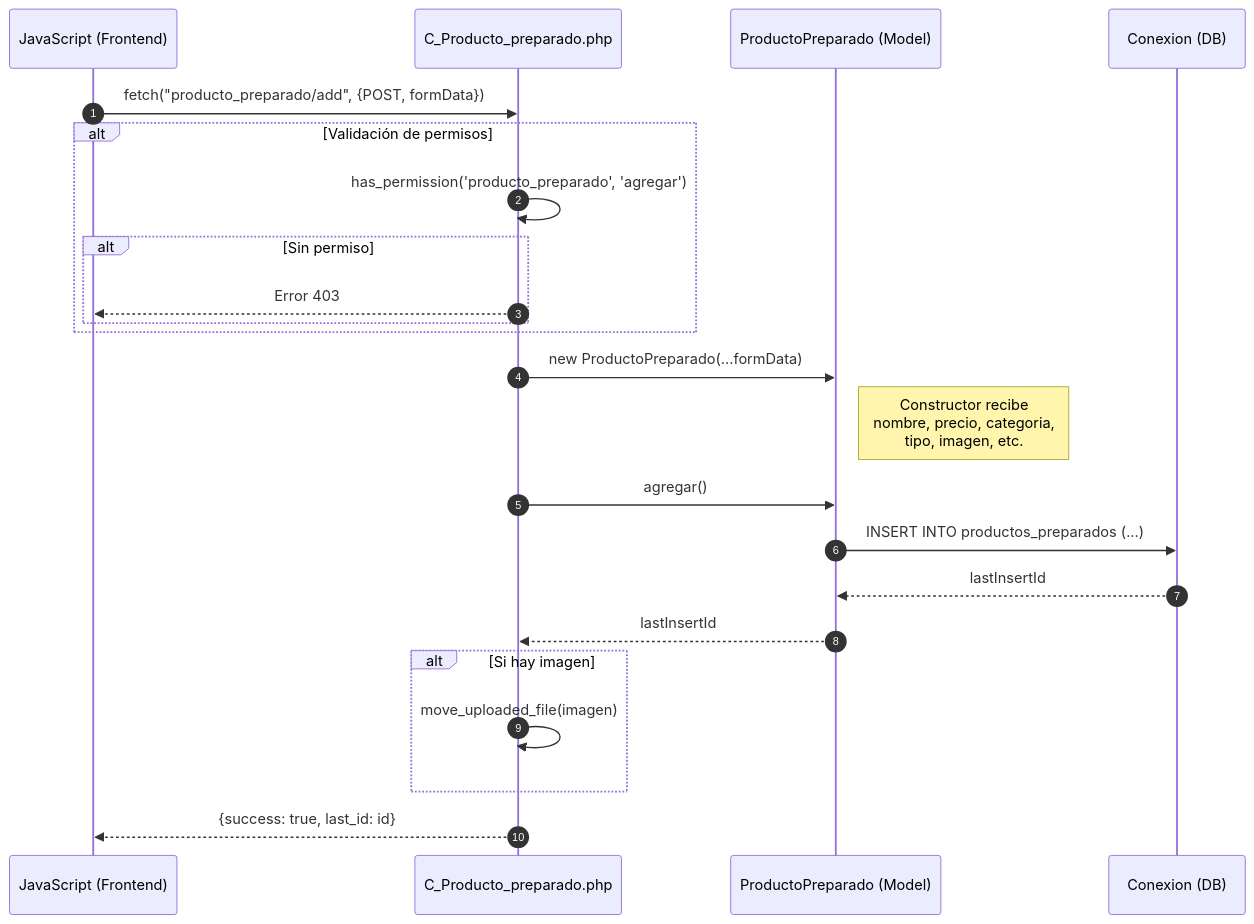
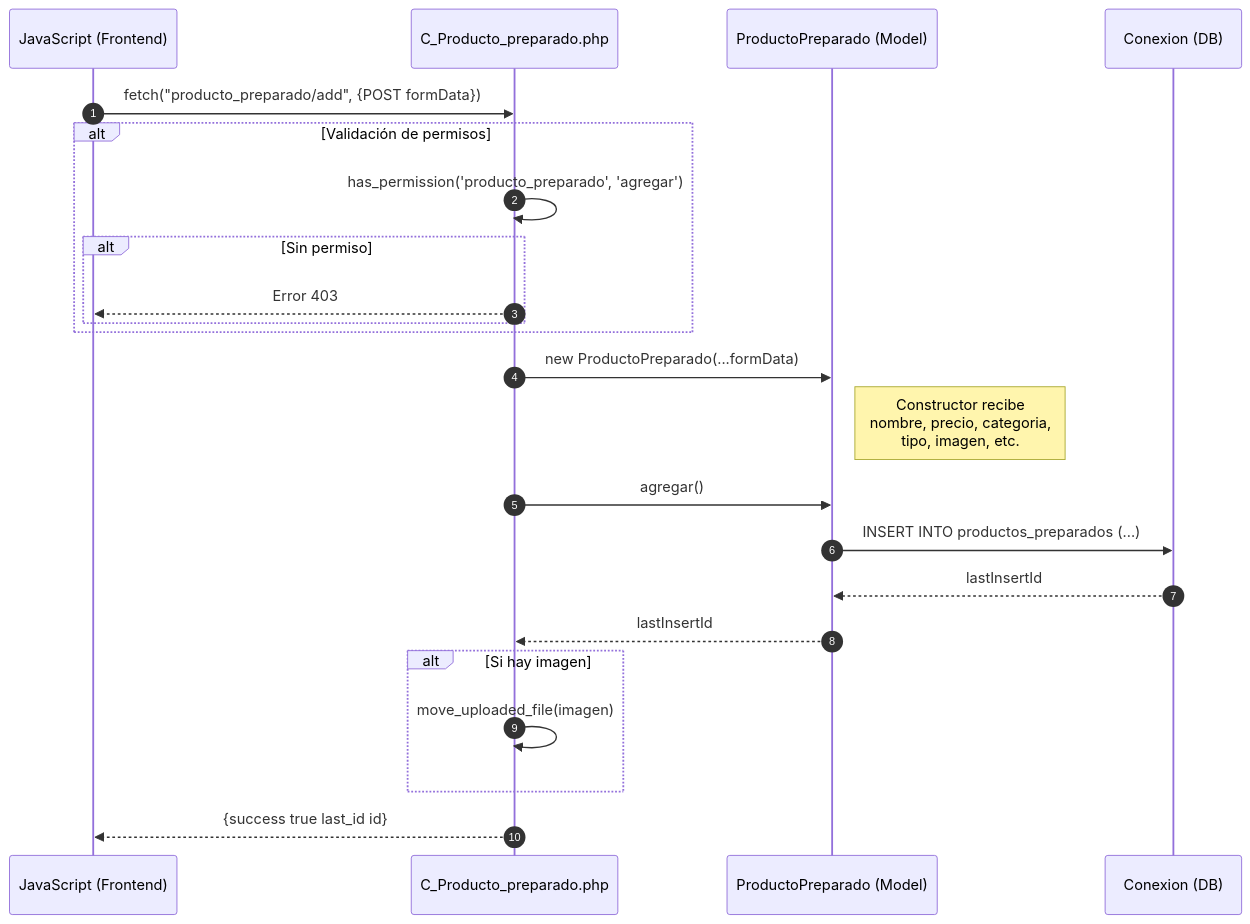
One commit to Tecrato/BurgerHouse changed the first of 4 diagrams in docs/secuencia/productos/producto_preparado.md. Above: the diagram before and after it, drawn with Mermaid. The commit also changed other lines of this file and 13 other files, not shown here.

Commit message:
diagramas de secuencia

````diff
--- a/docs/secuencia/productos/producto_preparado.md
+++ b/docs/secuencia/productos/producto_preparado.md
@@ -5,31 +5,31 @@
 ```mermaid
 sequenceDiagram
     autonumber
     participant JS as JavaScript (Frontend)
     participant C_Producto_preparado as C_Producto_preparado.php
     participant ProductoPreparado as ProductoPreparado (Model)
     participant DB as Conexion (DB)
     
-    JS->>C_Producto_preparado: fetch("producto_preparado/add", {POST, formData})
+    JS->>C_Producto_preparado: fetch("producto_preparado/add", {POST formData})
     
     alt Validación de permisos
         C_Producto_preparado->>C_Producto_preparado: has_permission('producto_preparado', 'agregar')
         alt Sin permiso
             C_Producto_preparado-->>JS: Error 403
         end
     end
     
     C_Producto_preparado->>ProductoPreparado: new ProductoPreparado(...formData)
     Note right of ProductoPreparado: Constructor recibe<br/>nombre, precio, categoria,<br/>tipo, imagen, etc.
     
     C_Producto_preparado->>ProductoPreparado: agregar()
     ProductoPreparado->>DB: INSERT INTO productos_preparados (...)
     DB-->>ProductoPreparado: lastInsertId
     ProductoPreparado-->>C_Producto_preparado: lastInsertId
     
     alt Si hay imagen
         C_Producto_preparado->>C_Producto_preparado: move_uploaded_file(imagen)
     end
     
-    C_Producto_preparado-->>JS: {success: true, last_id: id}
+    C_Producto_preparado-->>JS: {success true last_id id}
 ```
````
